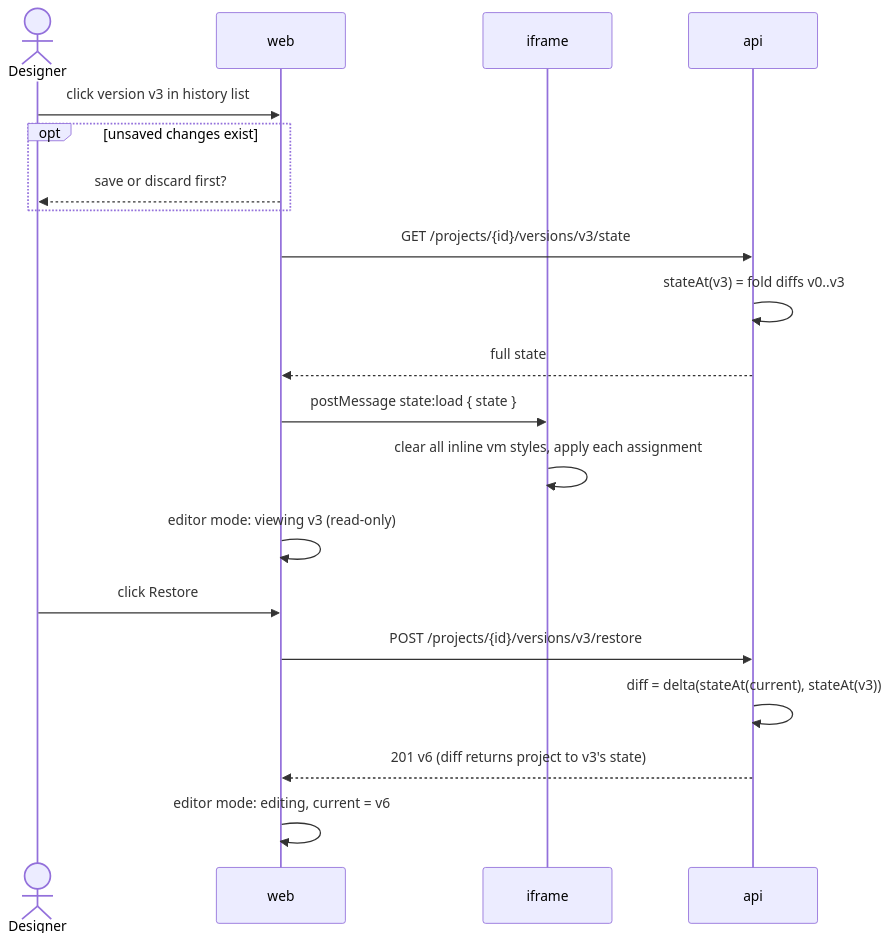
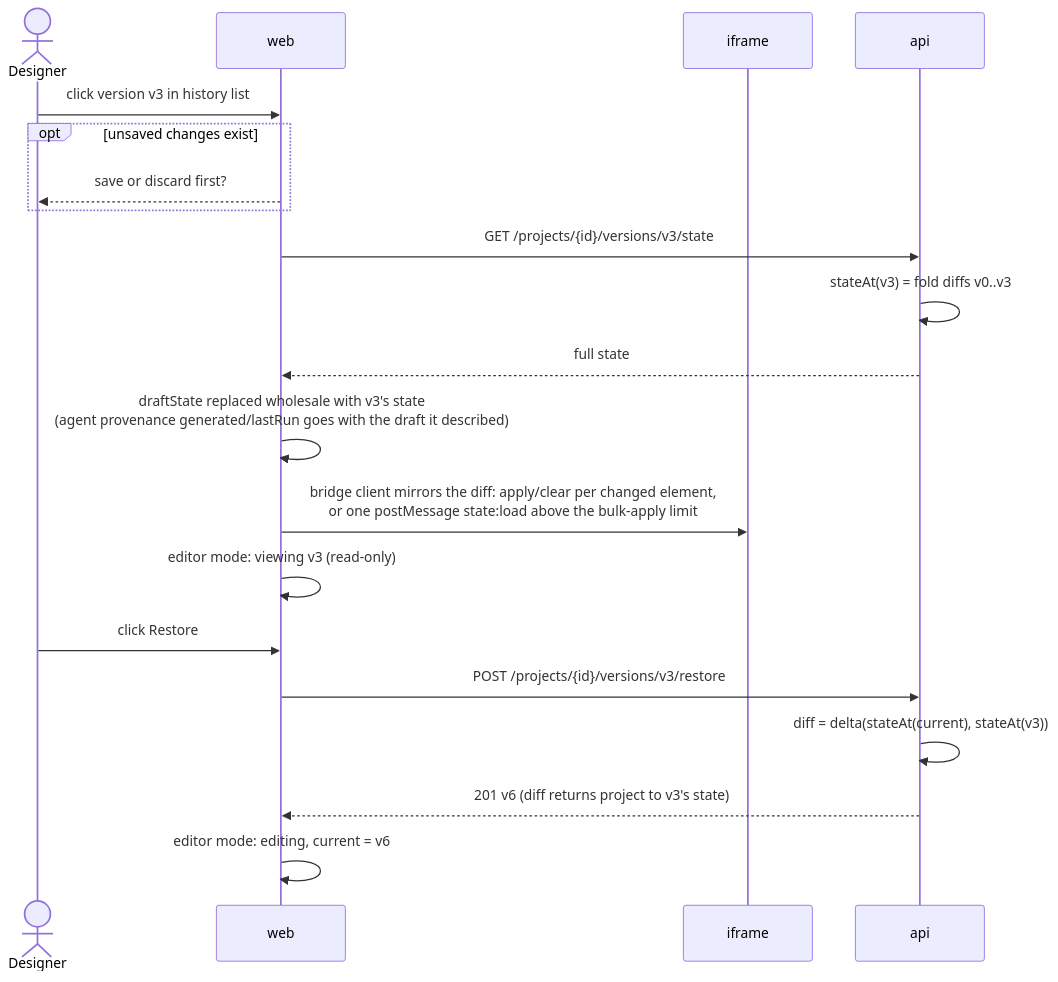
One commit to ludaxkris/vibe_motion changed the fifth of 12 diagrams in docs/architecture.md. Above: the diagram before and after it, drawn with Mermaid. The commit also changed other lines of this file and 63 other files, not shown here.

````diff
--- a/docs/architecture.md
+++ b/docs/architecture.md
@@ -139,23 +139,23 @@
 ```mermaid
 sequenceDiagram
   actor D as Designer
   participant W as web
   participant F as iframe
   participant A as api
 
   D->>W: click version v3 in history list
   opt unsaved changes exist
     W-->>D: save or discard first?
   end
   W->>A: GET /projects/{id}/versions/v3/state
   A->>A: stateAt(v3) = fold diffs v0..v3
   A-->>W: full state
-  W->>F: postMessage state:load { state }
-  F->>F: clear all inline vm styles, apply each assignment
+  W->>W: draftState replaced wholesale with v3's state<br/>(agent provenance generated/lastRun goes with the draft it described)
+  W->>F: bridge client mirrors the diff: apply/clear per changed element,<br/>or one postMessage state:load above the bulk-apply limit
   W->>W: editor mode: viewing v3 (read-only)
   D->>W: click Restore
   W->>A: POST /projects/{id}/versions/v3/restore
   A->>A: diff = delta(stateAt(current), stateAt(v3))
   A-->>W: 201 v6 (diff returns project to v3's state)
   W->>W: editor mode: editing, current = v6
 ```
````
